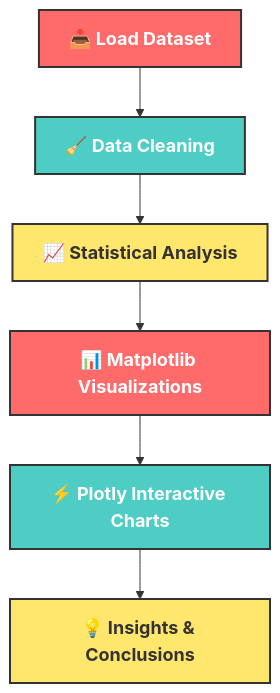
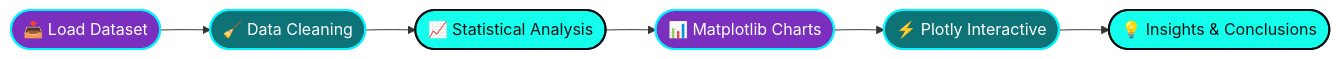
Before and after one commit to geershatisaxena/Data-Analysis: the diagram in README.md, drawn with Mermaid. The commit also changed other lines of this file, not shown here.

````diff
--- a/README.md
+++ b/README.md
@@ -198,15 +293,15 @@
 ```mermaid
-flowchart TD
-    A[<font size="4"><b>📥 Load Dataset</b></font>] --> B[<font size="4"><b>🧹 Data Cleaning</b></font>]
-    B --> C[<font size="4"><b>📈 Statistical Analysis</b></font>]
-    C --> D[<font size="4"><b>📊 Matplotlib Visualizations</b></font>]
-    D --> E[<font size="4"><b>⚡ Plotly Interactive Charts</b></font>]
-    E --> F[<font size="4"><b>💡 Insights & Conclusions</b></font>]
-    
-    style A fill:#FF6B6B,stroke:#333,stroke-width:2px,color:#fff
-    style B fill:#4ECDC4,stroke:#333,stroke-width:2px,color:#fff
-    style C fill:#FFE66D,stroke:#333,stroke-width:2px,color:#333
-    style D fill:#FF6B6B,stroke:#333,stroke-width:2px,color:#fff
-    style E fill:#4ECDC4,stroke:#333,stroke-width:2px,color:#fff
-    style F fill:#FFE66D,stroke:#333,stroke-width:2px,color:#333
+flowchart LR
+    A([📥 Load Dataset]) --> B([🧹 Data Cleaning])
+    B --> C([📈 Statistical Analysis])
+    C --> D([📊 Matplotlib Charts])
+    D --> E([⚡ Plotly Interactive])
+    E --> F([💡 Insights & Conclusions])
+
+    style A fill:#7B2FBE,stroke:#00F5FF,stroke-width:2px,color:#fff
+    style B fill:#0D7377,stroke:#00F5FF,stroke-width:2px,color:#fff
+    style C fill:#14FFEC,stroke:#0D1117,stroke-width:2px,color:#0D1117
+    style D fill:#7B2FBE,stroke:#00F5FF,stroke-width:2px,color:#fff
+    style E fill:#0D7377,stroke:#00F5FF,stroke-width:2px,color:#fff
+    style F fill:#14FFEC,stroke:#0D1117,stroke-width:2px,color:#0D1117
 ```
````
